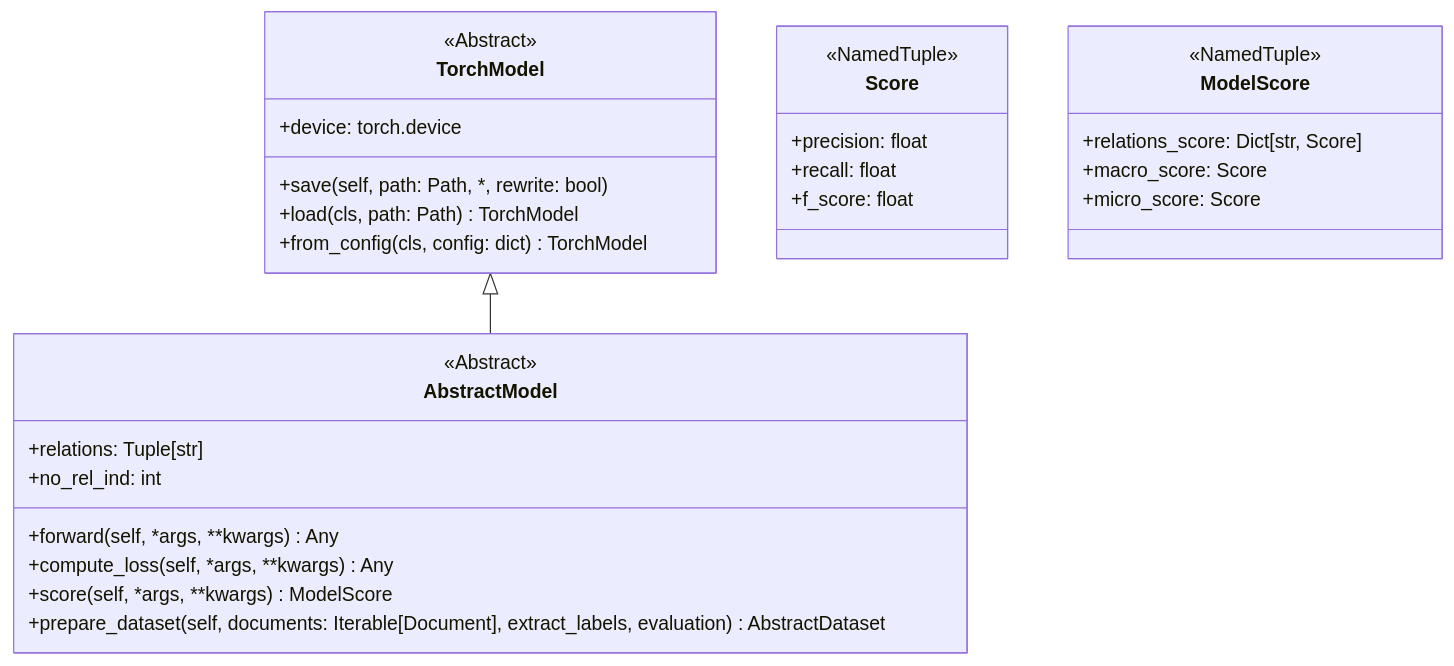
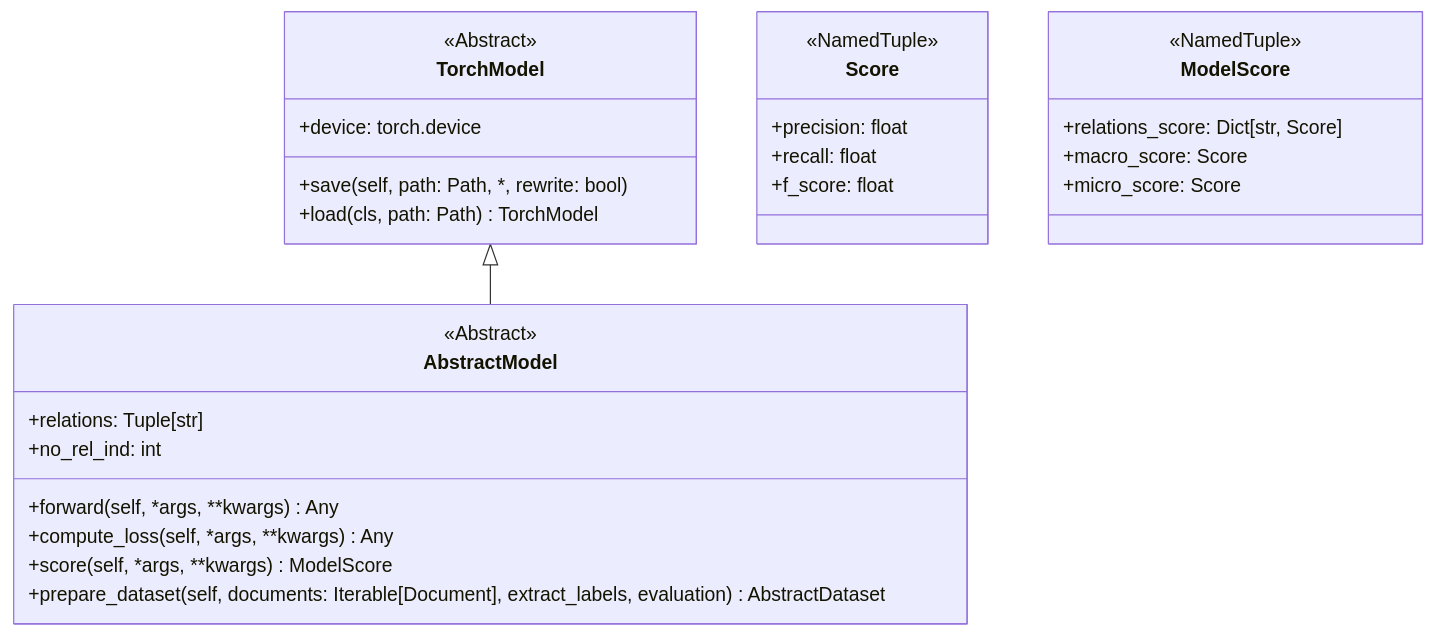
The third of 3 diagrams in README.md (phos-phophy/creed), drawn with Mermaid before and after one commit. The commit also changed other lines of this file and 1 other file, not shown here.

````diff
--- a/README.md
+++ b/README.md
@@ -149,38 +149,37 @@
 ```mermaid
 classDiagram
 direction TB
 
    class TorchModel{
       <<Abstract>>
       +device: torch.device
       +save(self, path: Path, *, rewrite: bool)
       +load(cls, path: Path) TorchModel
-      +from_config(cls, config: dict) TorchModel
    }
    TorchModel <|-- AbstractModel
    
    class AbstractModel{
       <<Abstract>>
       +relations: Tuple[str]
       +no_rel_ind: int
       +forward(self, *args, **kwargs) Any
       +compute_loss(self, *args, **kwargs) Any
       +score(self, *args, **kwargs) ModelScore
       +prepare_dataset(self, documents: Iterable[Document], extract_labels, evaluation)  AbstractDataset
    }
    
    class Score{
       <<NamedTuple>>
       +precision: float
       +recall: float
       +f_score: float
    }
    
    class ModelScore{
       <<NamedTuple>>
       +relations_score: Dict[str, Score]
       +macro_score: Score
       +micro_score: Score
    }
    
 ```
````
